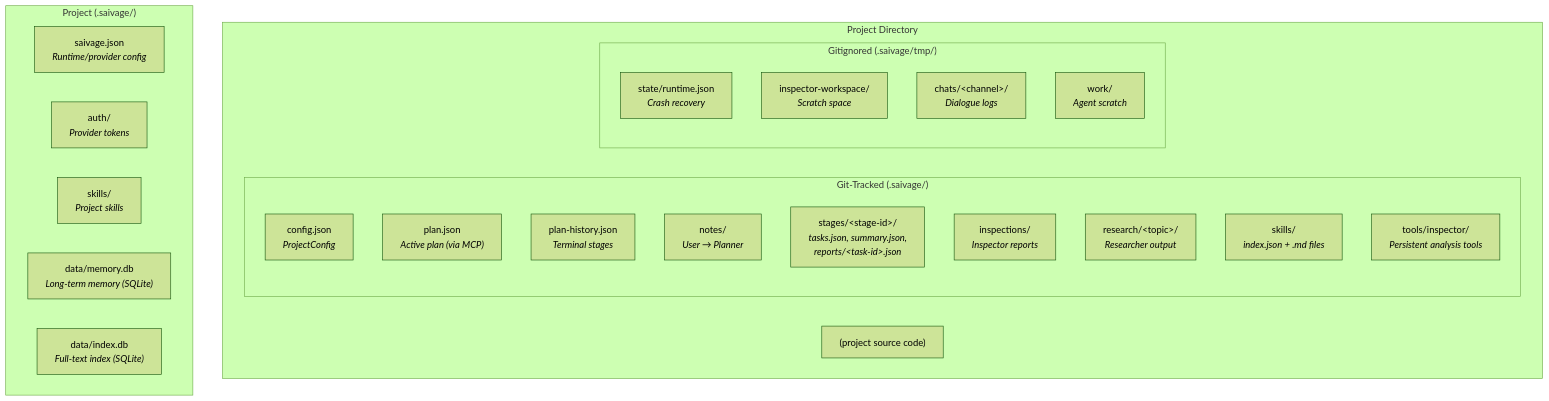
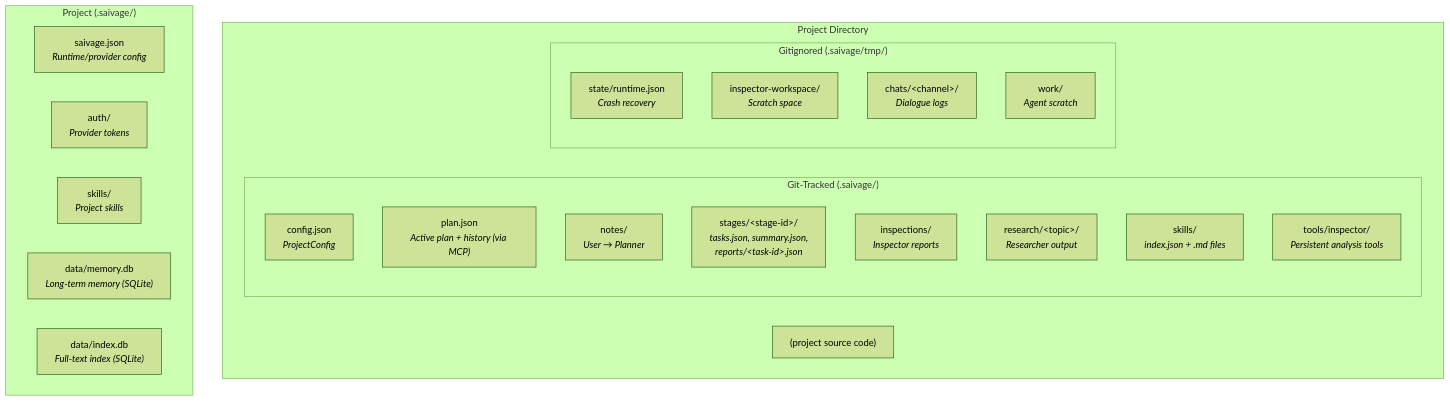
One commit to salva/saivage changed the third of 14 diagrams in SPEC/v2/06-SYSTEM-DESIGN.md. Above: the diagram before and after it, drawn with Mermaid (forest theme). The commit also changed other lines of this file and 39 other files, not shown here.

````diff
--- a/SPEC/v2/06-SYSTEM-DESIGN.md
+++ b/SPEC/v2/06-SYSTEM-DESIGN.md
@@ -289,31 +289,30 @@
 ```mermaid
 graph TB
     subgraph "Project Directory"
         subgraph "Git-Tracked (.saivage/)"
             CONF["config.json<br/><i>ProjectConfig</i>"]
-            PLAN["plan.json<br/><i>Active plan (via MCP)</i>"]
-            HIST["plan-history.json<br/><i>Terminal stages</i>"]
+            PLAN["plan.json<br/><i>Active plan + history (via MCP)</i>"]
             NOTES["notes/<br/><i>User → Planner</i>"]
             STAGES["stages/&lt;stage-id&gt;/<br/><i>tasks.json, summary.json,<br/>reports/&lt;task-id&gt;.json</i>"]
             INSP["inspections/<br/><i>Inspector reports</i>"]
             RESEARCH["research/&lt;topic&gt;/<br/><i>Researcher output</i>"]
             SKILLS["skills/<br/><i>index.json + .md files</i>"]
             TOOLS["tools/inspector/<br/><i>Persistent analysis tools</i>"]
         end
         subgraph "Gitignored (.saivage/tmp/)"
             RUNTIME["state/runtime.json<br/><i>Crash recovery</i>"]
             IWRK["inspector-workspace/<br/><i>Scratch space</i>"]
             CHATS["chats/&lt;channel&gt;/<br/><i>Dialogue logs</i>"]
             WORK["work/<br/><i>Agent scratch</i>"]
         end
         SRC["(project source code)"]
     end
 
     subgraph "Project (.saivage/)"
         GCONF["saivage.json<br/><i>Runtime/provider config</i>"]
         AUTH["auth/<br/><i>Provider tokens</i>"]
         GSKILLS["skills/<br/><i>Project skills</i>"]
         MEMDB["data/memory.db<br/><i>Long-term memory (SQLite)</i>"]
         IDXDB["data/index.db<br/><i>Full-text index (SQLite)</i>"]
     end
 ```
````
